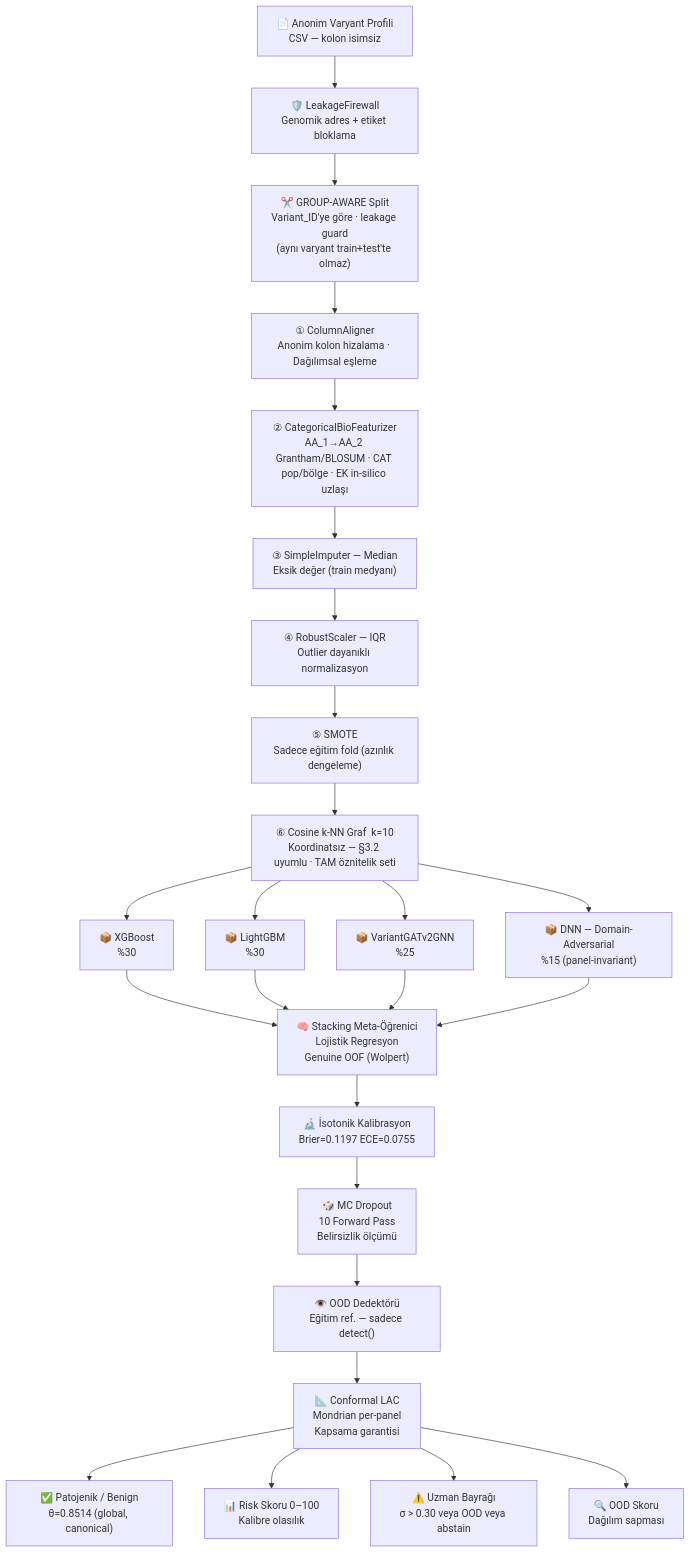
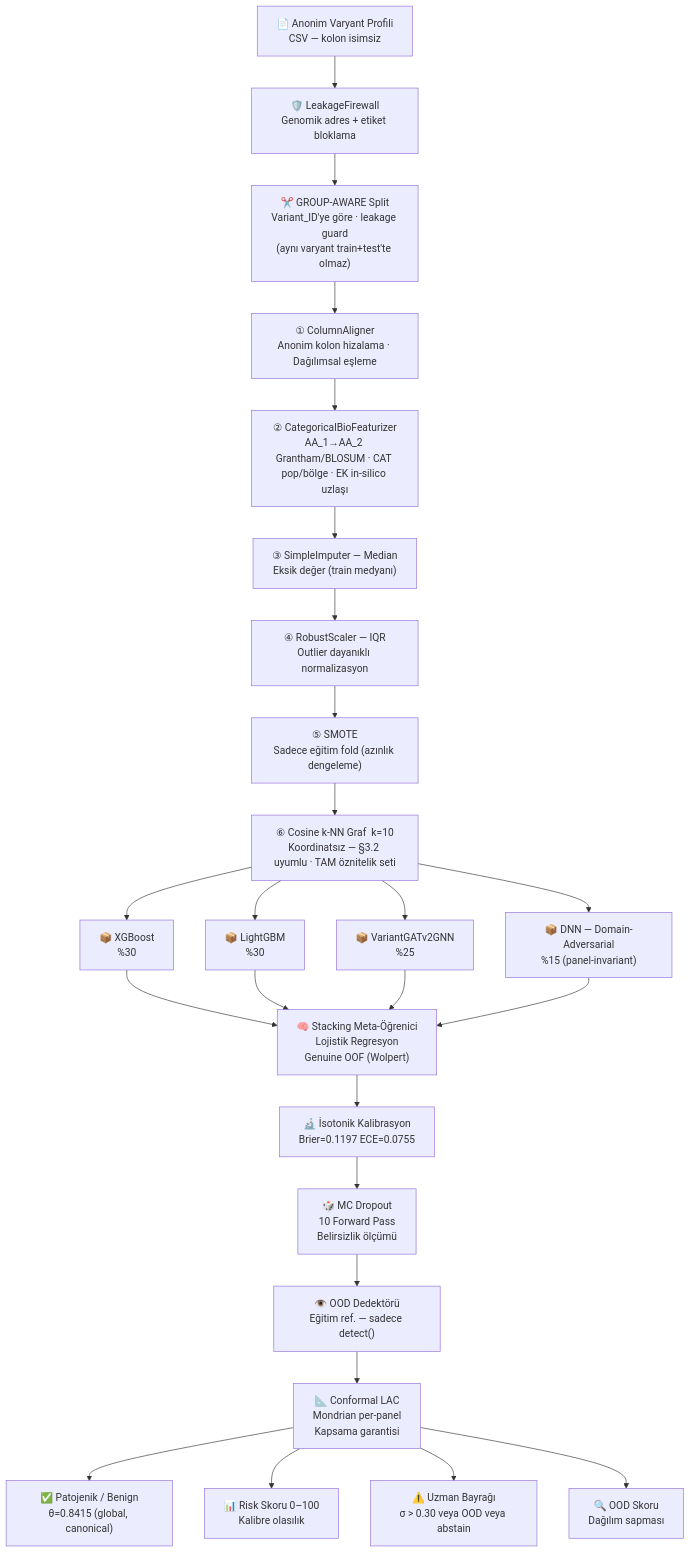
One commit to msgxr/VARIANT-GNN changed the first of 17 diagrams in README.md. Above: the diagram before and after it, drawn with Mermaid. The commit also changed other lines of this file and 32 other files, not shown here.

````diff
--- a/README.md
+++ b/README.md
@@ -177,34 +177,34 @@
 ```mermaid
 flowchart TD
     A["📄 Anonim Varyant Profili\nCSV — kolon isimsiz"]
 
     A --> LFW["🛡️ LeakageFirewall\nGenomik adres + etiket bloklama"]
 
     LFW --> SPLIT["✂️ GROUP-AWARE Split\nVariant_ID'ye göre · leakage guard\n(aynı varyant train+test'te olmaz)"]
     SPLIT --> P1["① ColumnAligner\nAnonim kolon hizalama · Dağılımsal eşleme"]
     P1  --> P2["② CategoricalBioFeaturizer\nAA_1→AA_2 Grantham/BLOSUM · CAT pop/bölge · EK in-silico uzlaşı"]
     P2  --> P3["③ SimpleImputer — Median\nEksik değer (train medyanı)"]
     P3  --> P4["④ RobustScaler — IQR\nOutlier dayanıklı normalizasyon"]
     P4  --> P6["⑤ SMOTE\nSadece eğitim fold (azınlık dengeleme)"]
     P6  --> P9["⑥ Cosine k-NN Graf  k=10\nKoordinatsız — §3.2 uyumlu · TAM öznitelik seti"]
 
     P9 --> M1["📦 XGBoost\n%30"]
     P9 --> M2["📦 LightGBM\n%30"]
     P9 --> M3["📦 VariantGATv2GNN\n%25"]
     P9 --> M4["📦 DNN — Domain-Adversarial\n%15 (panel-invariant)"]
 
     M1 --> ST["🧠 Stacking Meta-Öğrenici\nLojistik Regresyon\nGenuine OOF (Wolpert)"]
     M2 --> ST
     M3 --> ST
     M4 --> ST
 
     ST --> ISO["🔬 İsotonik Kalibrasyon\nBrier=0.1197  ECE=0.0755"]
     ISO --> MCD["🎲 MC Dropout\n10 Forward Pass\nBelirsizlik ölçümü"]
     MCD --> OOD["👁️ OOD Dedektörü\nEğitim ref. — sadece detect()"]
     OOD --> CNF["📐 Conformal LAC\nMondrian per-panel\nKapsama garantisi"]
 
-    CNF --> O1["✅ Patojenik / Benign\nθ=0.8514 (global, canonical)"]
+    CNF --> O1["✅ Patojenik / Benign\nθ=0.8415 (global, canonical)"]
     CNF --> O2["📊 Risk Skoru 0–100\nKalibre olasılık"]
     CNF --> O3["⚠️ Uzman Bayrağı\nσ > 0.30 veya OOD veya abstain"]
     CNF --> O4["🔍 OOD Skoru\nDağılım sapması"]
 ```
````
